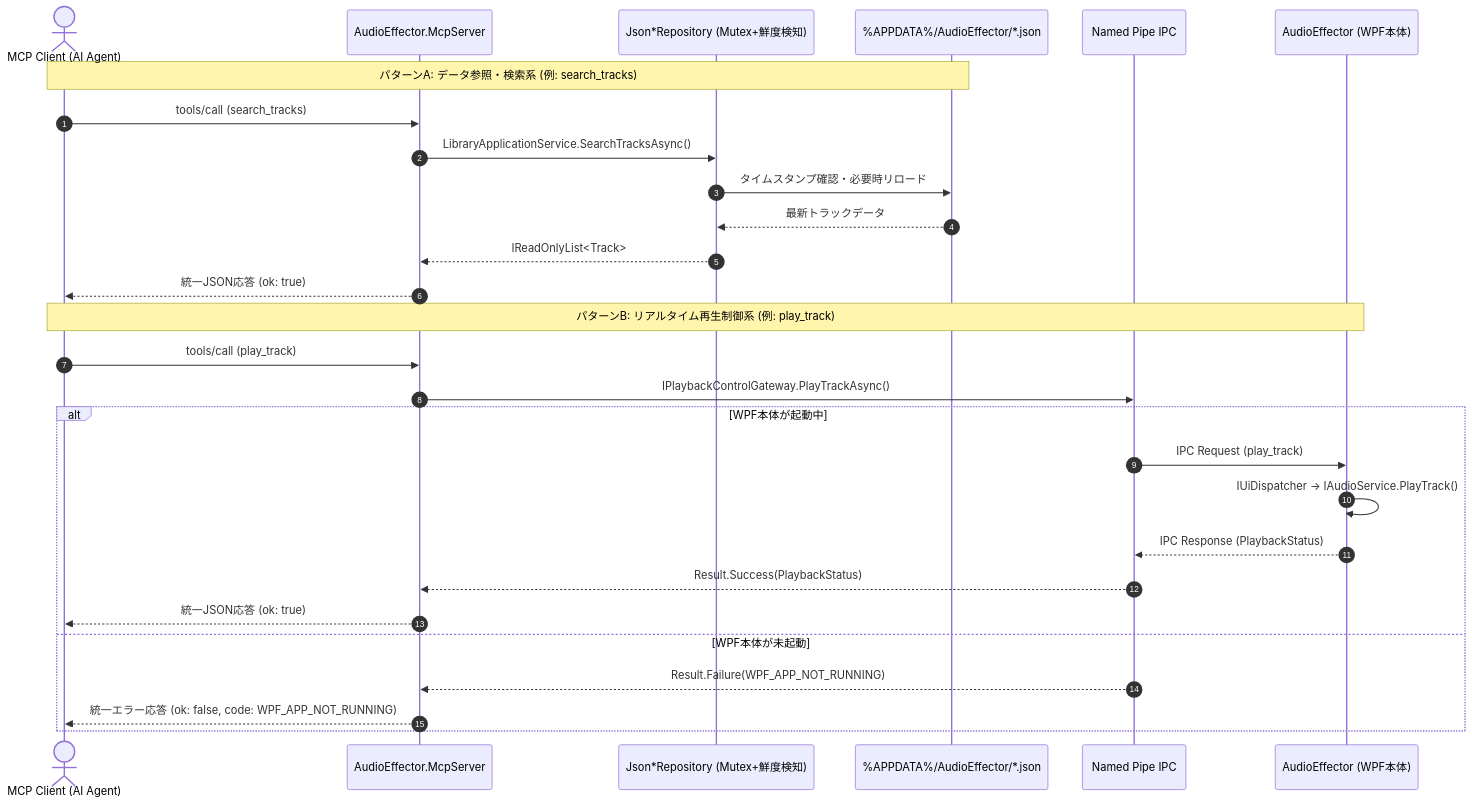
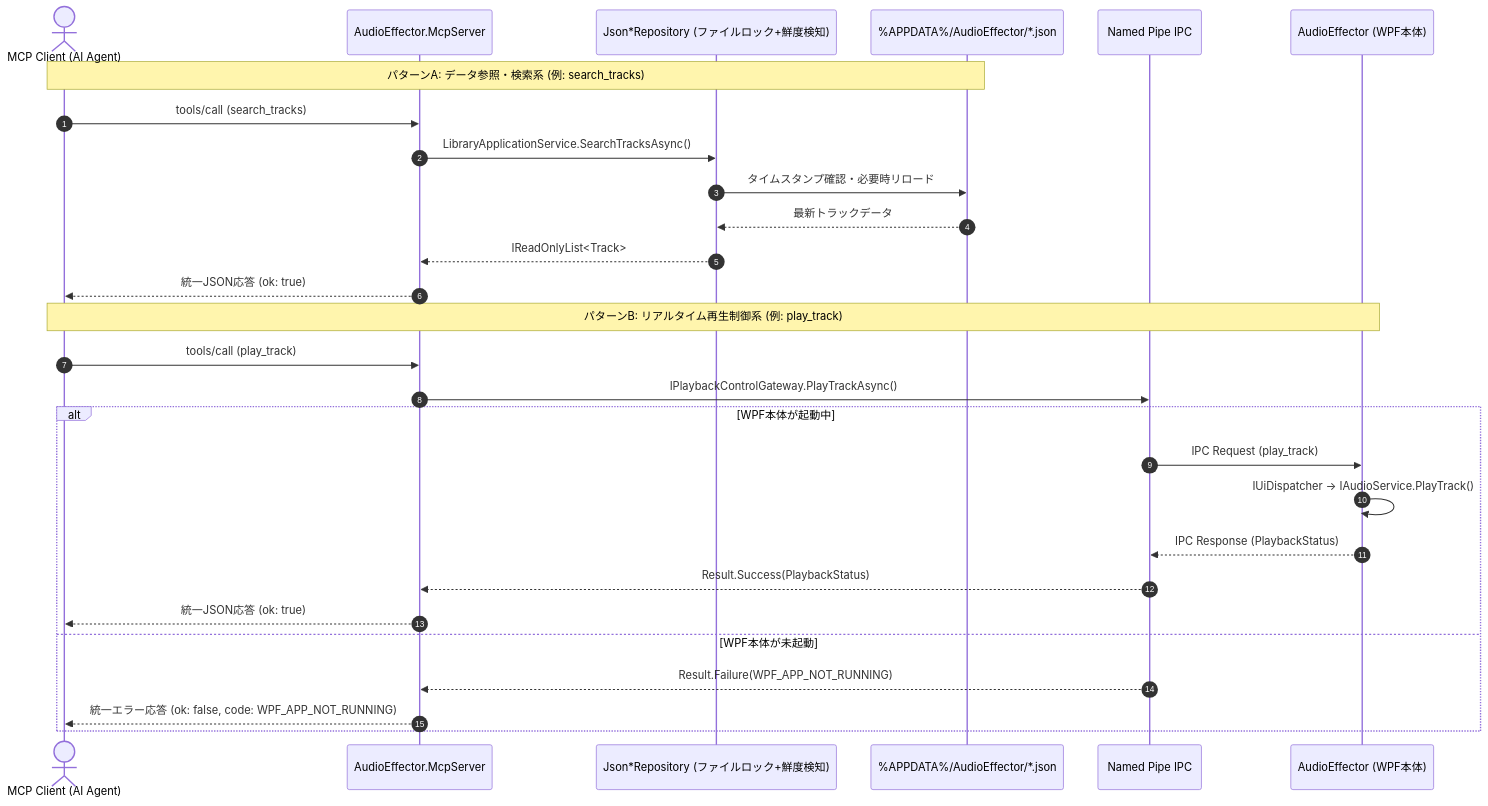
Before and after one commit to taketonnbo/Audio_Effector: the fourth of 4 diagrams in 設計/詳細設計/MCPサーバ詳細設計書.md, drawn with Mermaid. The commit also changed other lines of this file and 1 other file, not shown here.

````diff
--- a/設計/詳細設計/MCPサーバ詳細設計書.md
+++ b/設計/詳細設計/MCPサーバ詳細設計書.md
@@ -264,32 +273,32 @@
 ```mermaid
 sequenceDiagram
     autonumber
     actor Client as MCP Client (AI Agent)
     participant Mcp as AudioEffector.McpServer
-    participant Repo as Json*Repository (Mutex+鮮度検知)
+    participant Repo as Json*Repository (ファイルロック+鮮度検知)
     participant Json as %APPDATA%/AudioEffector/*.json
     participant Pipe as Named Pipe IPC
     participant Wpf as AudioEffector (WPF本体)
 
     Note over Client,Json: パターンA: データ参照・検索系 (例: search_tracks)
     Client ->> Mcp: tools/call (search_tracks)
     Mcp ->> Repo: LibraryApplicationService.SearchTracksAsync()
     Repo ->> Json: タイムスタンプ確認・必要時リロード
     Json -->> Repo: 最新トラックデータ
     Repo -->> Mcp: IReadOnlyList<Track>
     Mcp -->> Client: 統一JSON応答 (ok: true)
 
     Note over Client,Wpf: パターンB: リアルタイム再生制御系 (例: play_track)
     Client ->> Mcp: tools/call (play_track)
     Mcp ->> Pipe: IPlaybackControlGateway.PlayTrackAsync()
     alt WPF本体が起動中
         Pipe ->> Wpf: IPC Request (play_track)
         Wpf ->> Wpf: IUiDispatcher → IAudioService.PlayTrack()
         Wpf -->> Pipe: IPC Response (PlaybackStatus)
         Pipe -->> Mcp: Result.Success(PlaybackStatus)
         Mcp -->> Client: 統一JSON応答 (ok: true)
     else WPF本体が未起動
         Pipe -->> Mcp: Result.Failure(WPF_APP_NOT_RUNNING)
         Mcp -->> Client: 統一エラー応答 (ok: false, code: WPF_APP_NOT_RUNNING)
     end
 ```
````
